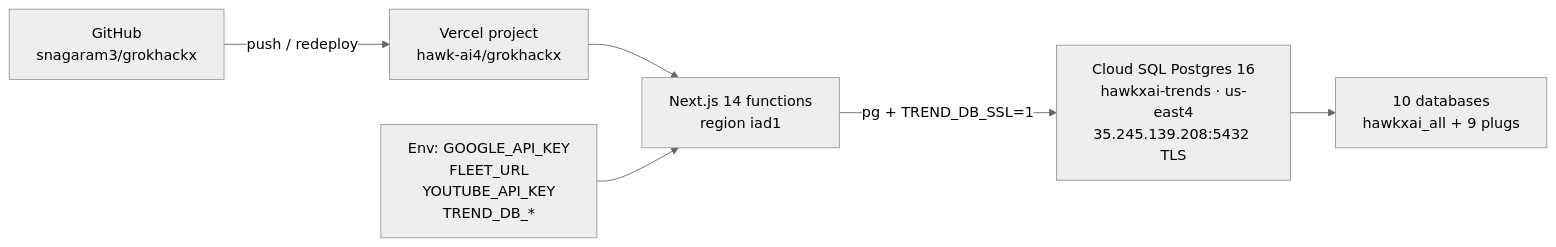
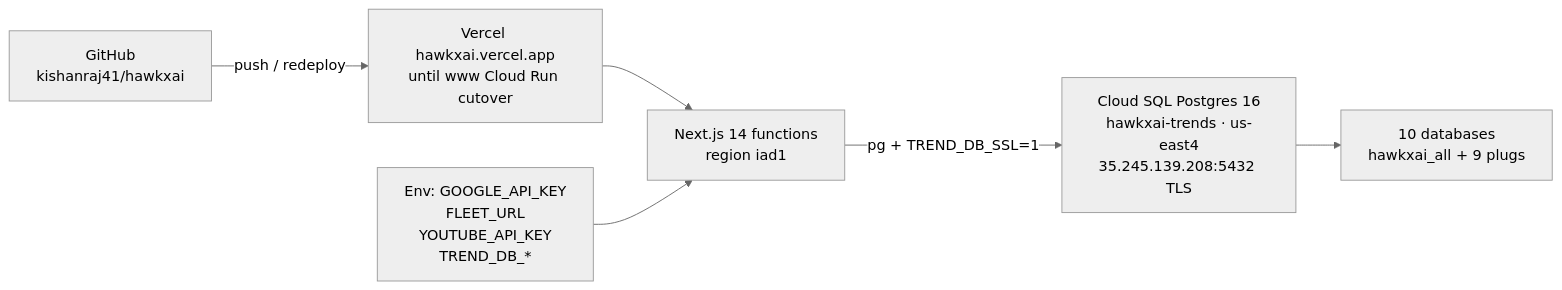
One commit to kishanraj41/hawkxai changed the first of 3 diagrams in docs/ARCHITECTURE.md. Above: the diagram before and after it, drawn with Mermaid (neutral theme). The commit also changed other lines of this file and 52 other files, not shown here.

First line of the commit message:
Point the public fork at kishanraj41/hawkxai and land contest-window booster work.

````diff
--- a/docs/ARCHITECTURE.md
+++ b/docs/ARCHITECTURE.md
@@ -11,15 +11,15 @@
 ```mermaid
 flowchart LR
-  gh["GitHub<br/>snagaram3/grokhackx"]
-  vercel["Vercel project<br/>hawk-ai4/grokhackx"]
+  gh["GitHub<br/>kishanraj41/hawkxai"]
+  vercel["Vercel hawkxai.vercel.app<br/>until www Cloud Run cutover"]
   fn["Next.js 14 functions<br/>region iad1"]
   env["Env: GOOGLE_API_KEY<br/>FLEET_URL<br/>YOUTUBE_API_KEY<br/>TREND_DB_*"]
   sql["Cloud SQL Postgres 16<br/>hawkxai-trends · us-east4<br/>35.245.139.208:5432 TLS"]
   dbs["10 databases<br/>hawkxai_all + 9 plugs"]
 
   gh -->|push / redeploy| vercel
   vercel --> fn
   env --> fn
   fn -->|"pg + TREND_DB_SSL=1"| sql
   sql --> dbs
 ```
````
